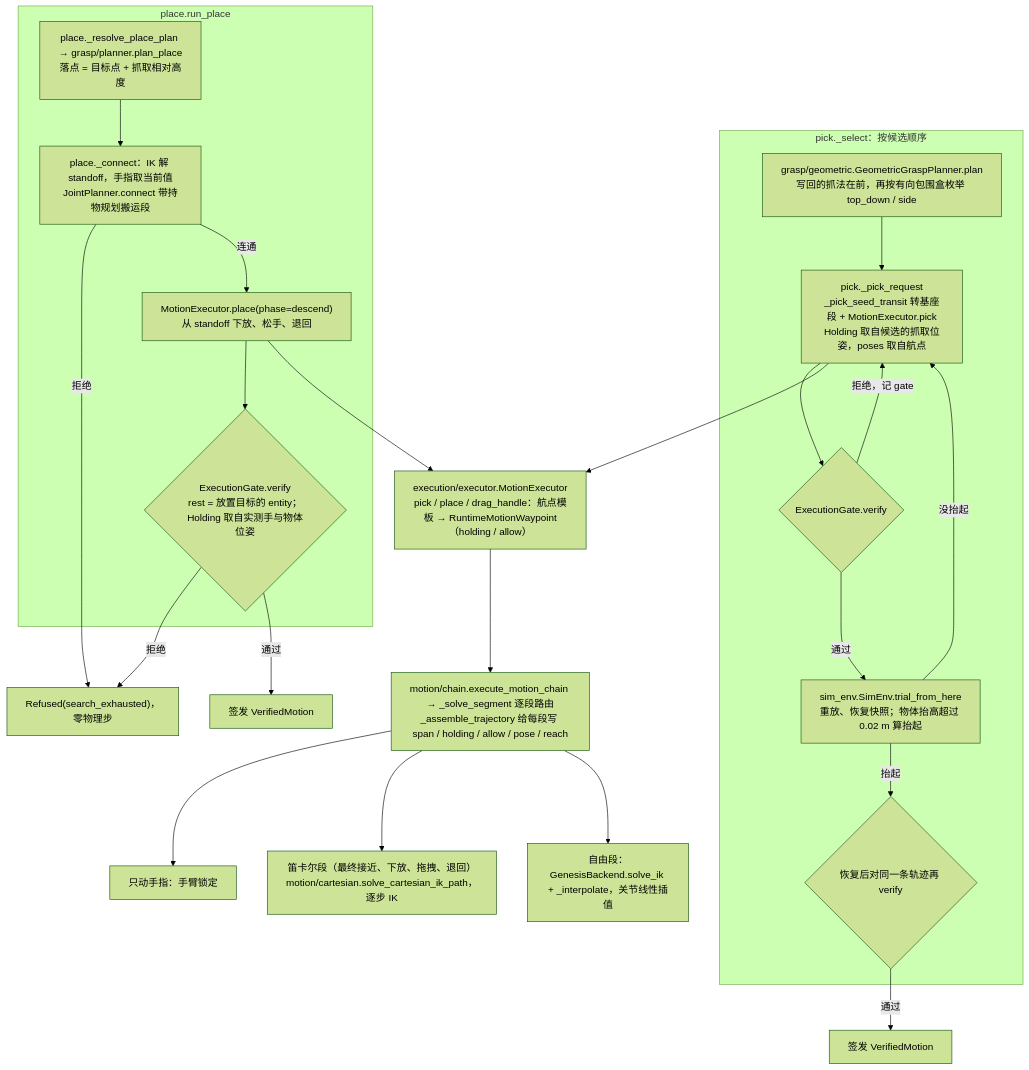
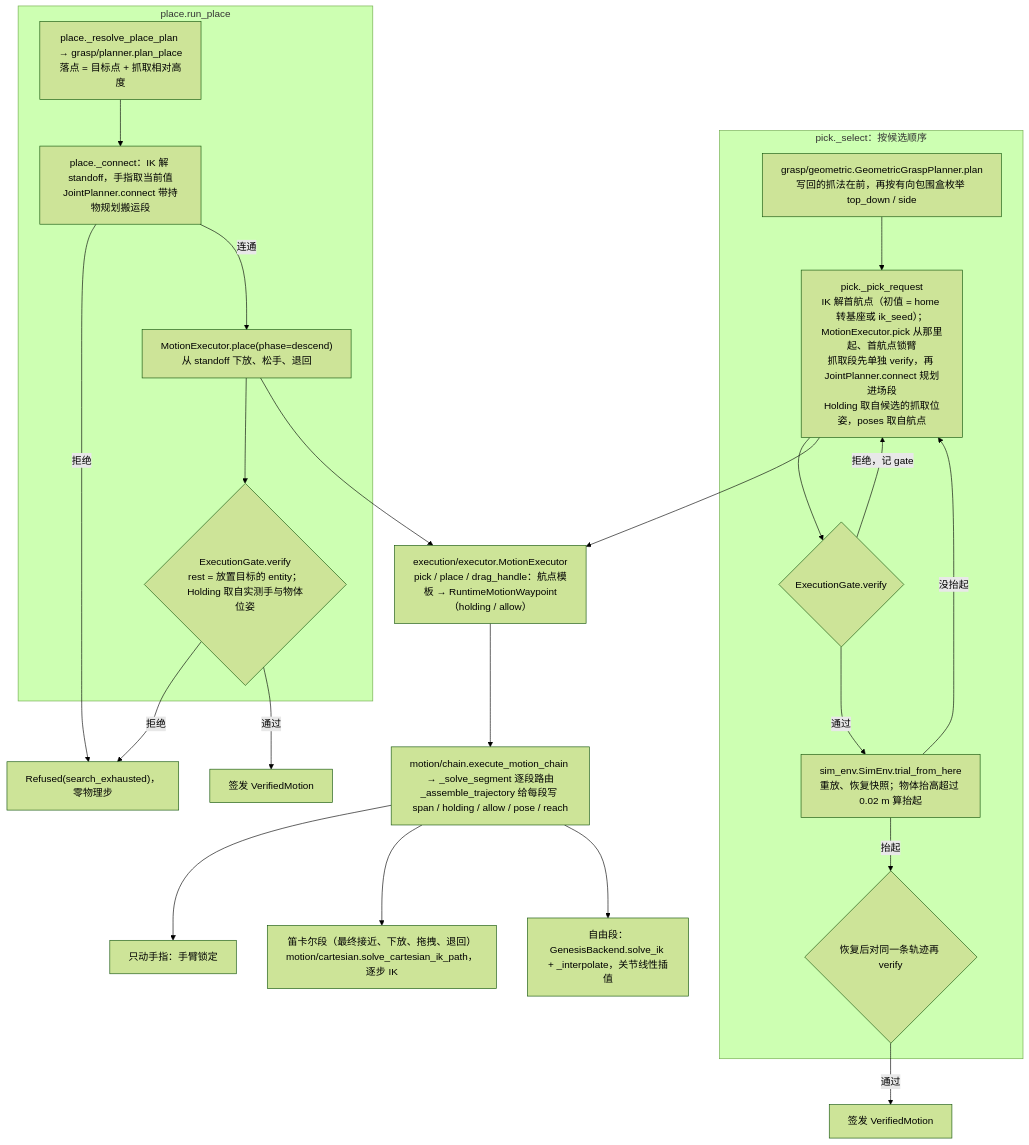
Before and after one commit to ZJLi2013/RoboSmith: the second of 2 diagrams in docs/call-chain.md, drawn with Mermaid (forest theme). The commit also changed 1 other file, not shown here.

Commit message:
docs: pick's approach is a planned connection, and on the dev seeds every instance matches the planned transport

````diff
--- a/docs/call-chain.md
+++ b/docs/call-chain.md
@@ -58,36 +58,36 @@
 ```mermaid
 flowchart TD
     subgraph PK["pick._select：按候选顺序"]
         GEO["grasp/geometric.GeometricGraspPlanner.plan<br/>写回的抓法在前，再按有向包围盒枚举 top_down / side"]
-        PM["pick._pick_request<br/>_pick_seed_transit 转基座段 + MotionExecutor.pick<br/>Holding 取自候选的抓取位姿，poses 取自航点"]
+        PM["pick._pick_request<br/>IK 解首航点（初值 = home 转基座或 ik_seed）；MotionExecutor.pick 从那里起、首航点锁臂<br/>抓取段先单独 verify，再 JointPlanner.connect 规划进场段<br/>Holding 取自候选的抓取位姿，poses 取自航点"]
         V1{"ExecutionGate.verify"}
         TR["sim_env.SimEnv.trial_from_here<br/>重放、恢复快照；物体抬高超过 0.02 m 算抬起"]
         V2{"恢复后对同一条轨迹再 verify"}
     end
 
     subgraph PL["place.run_place"]
         PP["place._resolve_place_plan → grasp/planner.plan_place<br/>落点 = 目标点 + 抓取相对高度"]
         PC["place._connect：IK 解 standoff，手指取当前值<br/>JointPlanner.connect 带持物规划搬运段"]
         PX["MotionExecutor.place(phase=descend)<br/>从 standoff 下放、松手、退回"]
         V3{"ExecutionGate.verify<br/>rest = 放置目标的 entity；Holding 取自实测手与物体位姿"}
     end
 
     EXE["execution/executor.MotionExecutor<br/>pick / place / drag_handle：航点模板 → RuntimeMotionWaypoint（holding / allow）"]
     CH["motion/chain.execute_motion_chain → _solve_segment 逐段路由<br/>_assemble_trajectory 给每段写 span / holding / allow / pose / reach"]
     F["只动手指：手臂锁定"]
     C["笛卡尔段（最终接近、下放、拖拽、退回）<br/>motion/cartesian.solve_cartesian_ik_path，逐步 IK"]
     G["自由段：GenesisBackend.solve_ik + _interpolate，关节线性插值"]
 
     GEO --> PM --> V1
     V1 -- 拒绝，记 gate --> PM
     V1 -- 通过 --> TR
     TR -- 没抬起 --> PM
     TR -- 抬起 --> V2
     V2 -- 通过 --> OKP["签发 VerifiedMotion"]
     PP --> PC
     PC -- 拒绝 --> RF["Refused(search_exhausted)，零物理步"]
     PC -- 连通 --> PX --> V3
     V3 -- 拒绝 --> RF
     V3 -- 通过 --> OKL["签发 VerifiedMotion"]
     PM & PX --> EXE --> CH --> F & C & G
 ```
````
